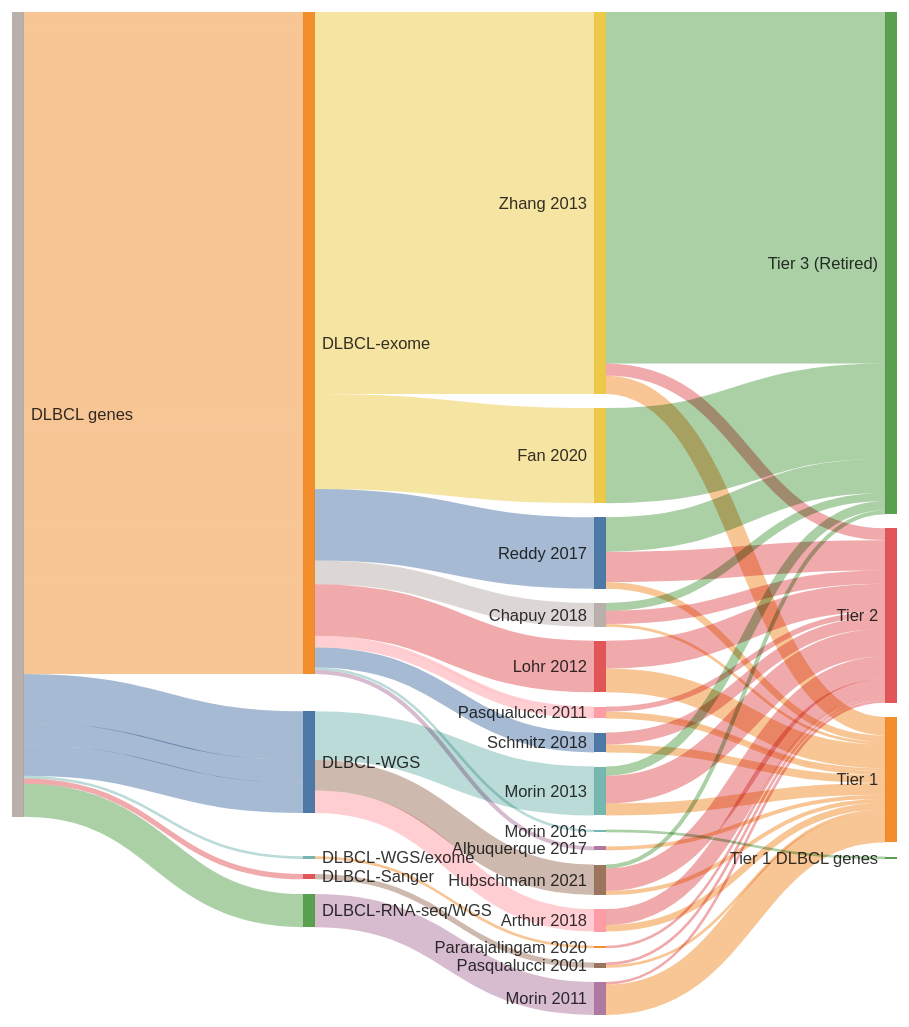
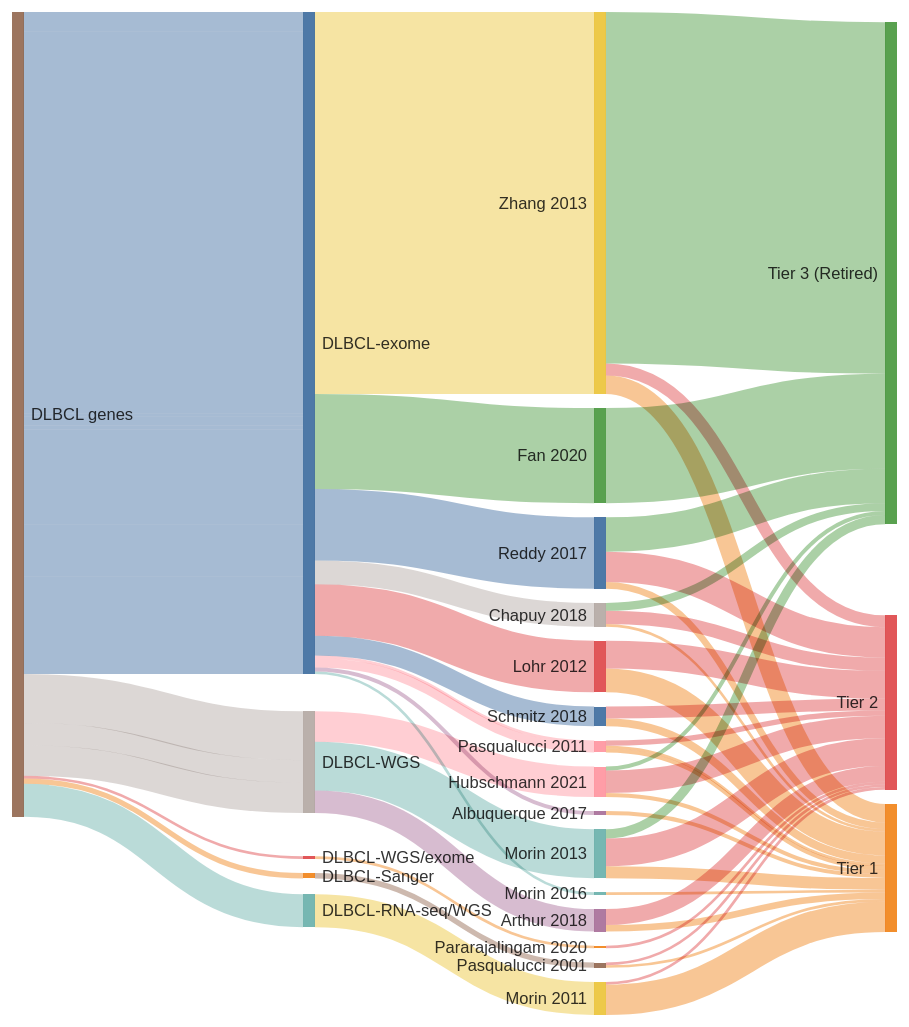
One commit to morinlab/lymphopedia changed the diagram in DLBCL_genes.md. Above: the diagram before and after it, drawn with Mermaid.

````diff
--- a/DLBCL_genes.md
+++ b/DLBCL_genes.md
@@ -10,76 +10,76 @@
 ```mermaid
 ---
 config:
   sankey:
     showValues: false
     linkColor: target
     width: 750
     height: 850
     nodeAlignment: right
 ---
 sankey-beta
 Schmitz 2018, Tier 1, 6
 Schmitz 2018, Tier 2, 9
 Morin 2013, Tier 1, 9
 Morin 2013, Tier 2, 21
 Morin 2013, Tier 3 (Retired), 7
 Zhang 2013, Tier 1, 14
 Zhang 2013, Tier 2, 9
 Zhang 2013, Tier 3 (Retired), 266
 Albuquerque 2017, Tier 1, 3
 Pasqualucci 2011, Tier 1, 2
 Pasqualucci 2011, Tier 1, 3
 Pasqualucci 2011, Tier 2, 4
 Pasqualucci 2001, Tier 1, 2
 Pasqualucci 2001, Tier 2, 2
 Chapuy 2018, Tier 1, 2
 Chapuy 2018, Tier 2, 10
 Chapuy 2018, Tier 3 (Retired), 6
 Reddy 2017, Tier 1, 5
 Reddy 2017, Tier 2, 23
 Reddy 2017, Tier 3 (Retired), 26
 Pararajalingam 2020, Tier 2, 2
 Lohr 2012, Tier 1, 18
 Lohr 2012, Tier 2, 21
-Morin 2016, Tier 1 DLBCL genes, 2
+Morin 2016, Tier 1, 2
 Fan 2020, Tier 3 (Retired), 72
 Morin 2011, Tier 1, 23
 Morin 2011, Tier 2, 2
 Arthur 2018, Tier 1, 5
 Arthur 2018, Tier 2, 12
 Hubschmann 2021, Tier 1, 3
 Hubschmann 2021, Tier 2, 17
 Hubschmann 2021, Tier 3 (Retired), 3
 DLBCL genes, DLBCL-WGS, 37
 DLBCL-WGS, Morin 2013, 37
 DLBCL genes, DLBCL-exome, 15
 DLBCL-exome, Schmitz 2018, 15
 DLBCL genes, DLBCL-exome, 289
 DLBCL-exome, Zhang 2013, 289
 DLBCL genes, DLBCL-exome, 2
 DLBCL-exome, Pasqualucci 2011, 2
 DLBCL genes, DLBCL-exome, 7
 DLBCL-exome, Pasqualucci 2011, 7
 DLBCL genes, DLBCL-exome, 3
 DLBCL-exome, Albuquerque 2017, 3
 DLBCL genes, DLBCL-Sanger, 4
 DLBCL-Sanger, Pasqualucci 2001, 4
 DLBCL genes, DLBCL-WGS/exome, 2
 DLBCL-WGS/exome, Pararajalingam 2020, 2
 DLBCL genes, DLBCL-exome, 54
 DLBCL-exome, Reddy 2017, 54
 DLBCL genes, DLBCL-exome, 18
 DLBCL-exome, Chapuy 2018, 18
 DLBCL genes, DLBCL-exome, 39
 DLBCL-exome, Lohr 2012, 39
 DLBCL genes, DLBCL-exome, 2
 DLBCL-exome, Morin 2016, 2
 DLBCL genes, DLBCL-exome, 72
 DLBCL-exome, Fan 2020, 72
 DLBCL genes, DLBCL-RNA-seq/WGS, 25
 DLBCL-RNA-seq/WGS, Morin 2011, 25
 DLBCL genes, DLBCL-WGS, 17
 DLBCL-WGS, Arthur 2018, 17
 DLBCL genes, DLBCL-WGS, 23
 DLBCL-WGS, Hubschmann 2021, 23
 ```
````
